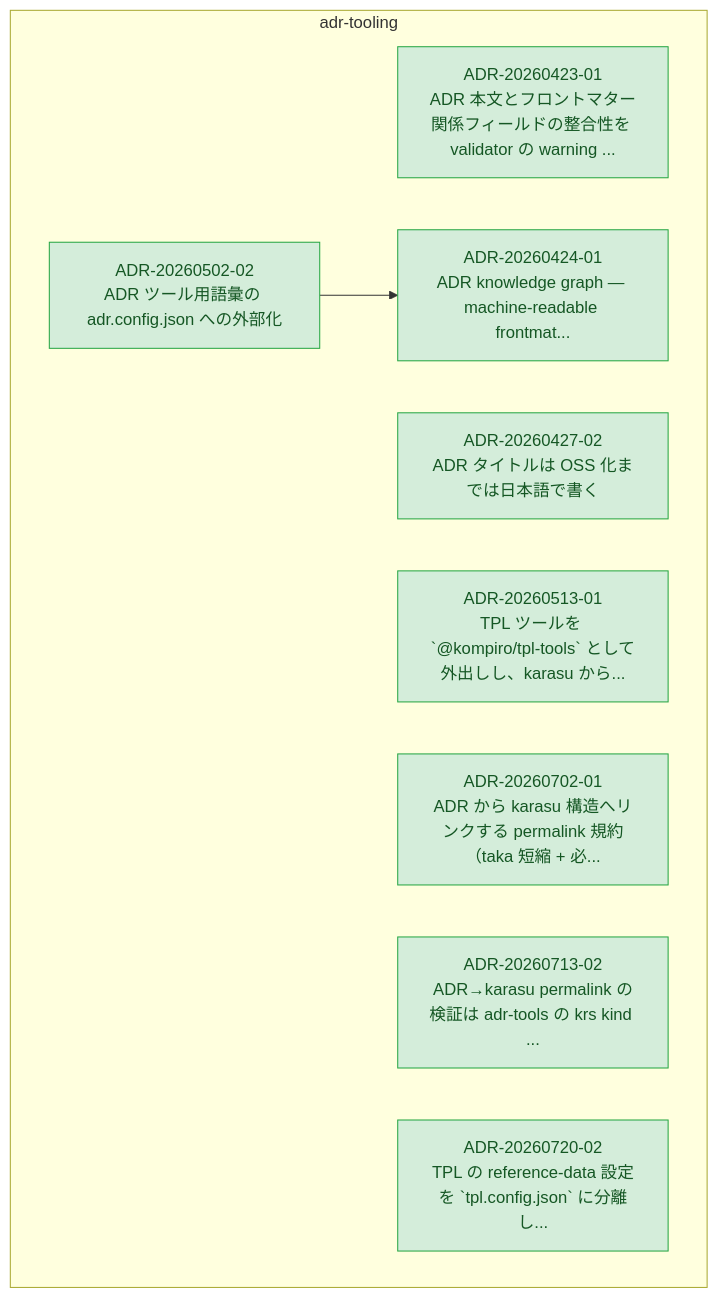
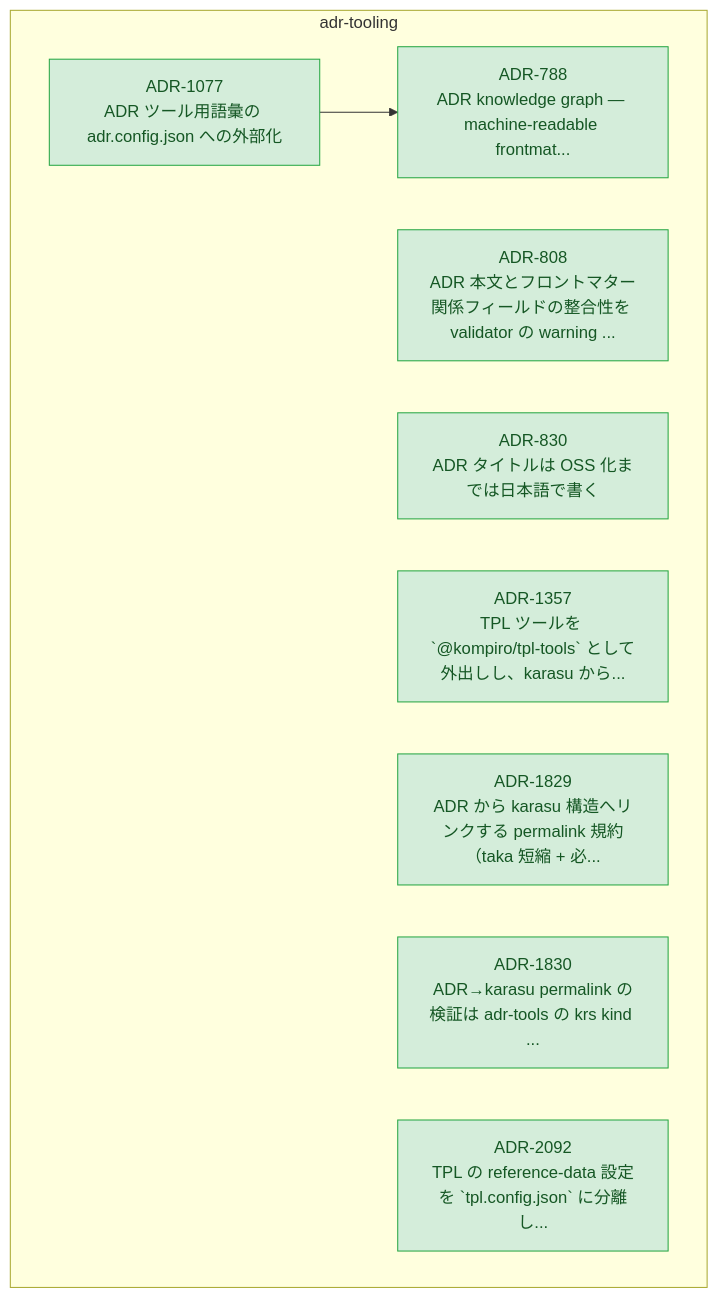
One commit to kompiro/karasu changed the diagram in docs/adr/graph/adr-tooling.md. Above: the diagram before and after it, drawn with Mermaid. The commit also changed 836 other files, not shown here.

````diff
--- a/docs/adr/graph/adr-tooling.md
+++ b/docs/adr/graph/adr-tooling.md
@@ -6,29 +6,29 @@
 ```mermaid
 flowchart TD
   subgraph adr-tooling["adr-tooling"]
-    ADR_20260423_01["ADR-20260423-01<br/>ADR 本文とフロントマター関係フィールドの整合性を validator の warning ..."]
-    ADR_20260424_01["ADR-20260424-01<br/>ADR knowledge graph — machine-readable frontmat..."]
-    ADR_20260427_02["ADR-20260427-02<br/>ADR タイトルは OSS 化までは日本語で書く"]
-    ADR_20260502_02["ADR-20260502-02<br/>ADR ツール用語彙の adr.config.json への外部化"]
-    ADR_20260513_01["ADR-20260513-01<br/>TPL ツールを `@kompiro/tpl-tools` として外出しし、karasu から..."]
-    ADR_20260702_01["ADR-20260702-01<br/>ADR から karasu 構造へリンクする permalink 規約（taka 短縮 + 必..."]
-    ADR_20260713_02["ADR-20260713-02<br/>ADR→karasu permalink の検証は adr-tools の krs kind ..."]
-    ADR_20260720_02["ADR-20260720-02<br/>TPL の reference-data 設定を `tpl.config.json` に分離し..."]
+    ADR_788["ADR-788<br/>ADR knowledge graph — machine-readable frontmat..."]
+    ADR_808["ADR-808<br/>ADR 本文とフロントマター関係フィールドの整合性を validator の warning ..."]
+    ADR_830["ADR-830<br/>ADR タイトルは OSS 化までは日本語で書く"]
+    ADR_1077["ADR-1077<br/>ADR ツール用語彙の adr.config.json への外部化"]
+    ADR_1357["ADR-1357<br/>TPL ツールを `@kompiro/tpl-tools` として外出しし、karasu から..."]
+    ADR_1829["ADR-1829<br/>ADR から karasu 構造へリンクする permalink 規約（taka 短縮 + 必..."]
+    ADR_1830["ADR-1830<br/>ADR→karasu permalink の検証は adr-tools の krs kind ..."]
+    ADR_2092["ADR-2092<br/>TPL の reference-data 設定を `tpl.config.json` に分離し..."]
   end
-  ADR_20260502_02 --> ADR_20260424_01
+  ADR_1077 --> ADR_788
 
   classDef accepted fill:#d4edda,stroke:#28a745,color:#155724
   classDef proposed fill:#fff3cd,stroke:#ffc107,color:#856404
   classDef deprecated fill:#f8d7da,stroke:#dc3545,color:#721c24
   classDef superseded fill:#e2e3e5,stroke:#6c757d,color:#383d41
   classDef not_adopted fill:#e2e3e5,stroke:#6c757d,color:#383d41,stroke-dasharray:3 3
   classDef ghost fill:#f5f5f5,stroke:#adb5bd,color:#6c757d,stroke-dasharray:2 2
-  class ADR_20260423_01 accepted
-  class ADR_20260424_01 accepted
-  class ADR_20260427_02 accepted
-  class ADR_20260502_02 accepted
-  class ADR_20260513_01 accepted
-  class ADR_20260702_01 accepted
-  class ADR_20260713_02 accepted
-  class ADR_20260720_02 accepted
+  class ADR_788 accepted
+  class ADR_808 accepted
+  class ADR_830 accepted
+  class ADR_1077 accepted
+  class ADR_1357 accepted
+  class ADR_1829 accepted
+  class ADR_1830 accepted
+  class ADR_2092 accepted
 ```
````
